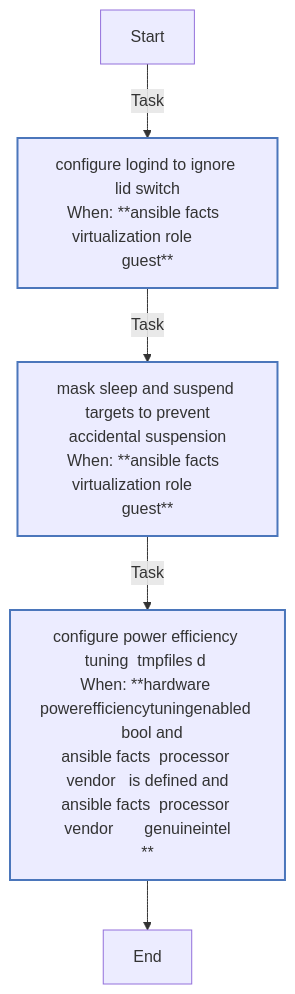
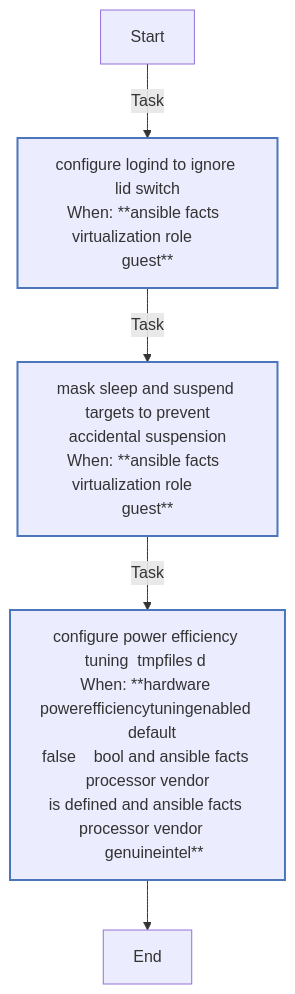
The seventh of 8 diagrams in roles/common/README.md (rou-cru/k3s-homelab), drawn with Mermaid before and after one commit. The commit also changed other lines of this file and 23 other files, not shown here.

````diff
--- a/roles/common/README.md
+++ b/roles/common/README.md
@@ -552,17 +554,17 @@
 ```mermaid
 flowchart TD
 Start
 classDef block stroke:#3498db,stroke-width:2px;
 classDef task stroke:#4b76bb,stroke-width:2px;
 classDef includeTasks stroke:#16a085,stroke-width:2px;
 classDef importTasks stroke:#34495e,stroke-width:2px;
 classDef includeRole stroke:#2980b9,stroke-width:2px;
 classDef importRole stroke:#699ba7,stroke-width:2px;
 classDef includeVars stroke:#8e44ad,stroke-width:2px;
 classDef rescue stroke:#665352,stroke-width:2px;
 
   Start-->|Task| Configure_logind_to_ignore_Lid_Switch0[configure logind to ignore lid switch<br>When: **ansible facts  virtualization role       guest**]:::task
   Configure_logind_to_ignore_Lid_Switch0-->|Task| Mask_sleep_and_suspend_targets_to_prevent_accidental_suspension1[mask sleep and suspend targets to prevent<br>accidental suspension<br>When: **ansible facts  virtualization role       guest**]:::task
-  Mask_sleep_and_suspend_targets_to_prevent_accidental_suspension1-->|Task| Configure_Power_Efficiency_Tuning__tmpfiles_d_2[configure power efficiency tuning  tmpfiles d <br>When: **hardware powerefficiencytuningenabled   bool and<br>ansible facts  processor vendor   is defined and<br>ansible facts  processor vendor       genuineintel<br>**]:::task
+  Mask_sleep_and_suspend_targets_to_prevent_accidental_suspension1-->|Task| Configure_Power_Efficiency_Tuning__tmpfiles_d_2[configure power efficiency tuning  tmpfiles d <br>When: **hardware powerefficiencytuningenabled   default<br>false    bool and ansible facts  processor vendor <br> is defined and ansible facts  processor vendor   <br>   genuineintel**]:::task
   Configure_Power_Efficiency_Tuning__tmpfiles_d_2-->End
 ```
````
